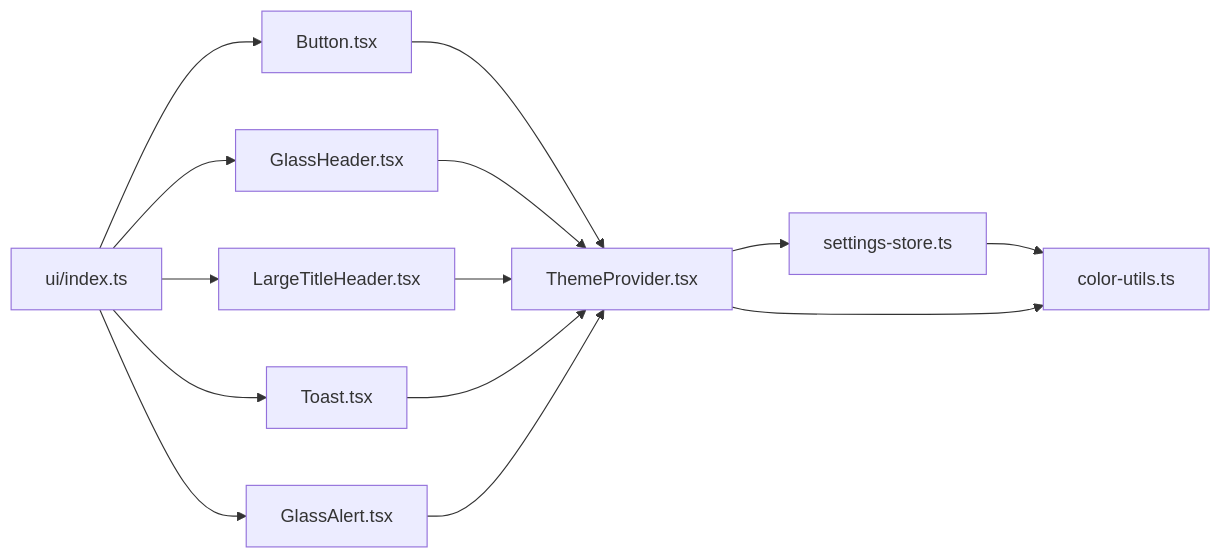
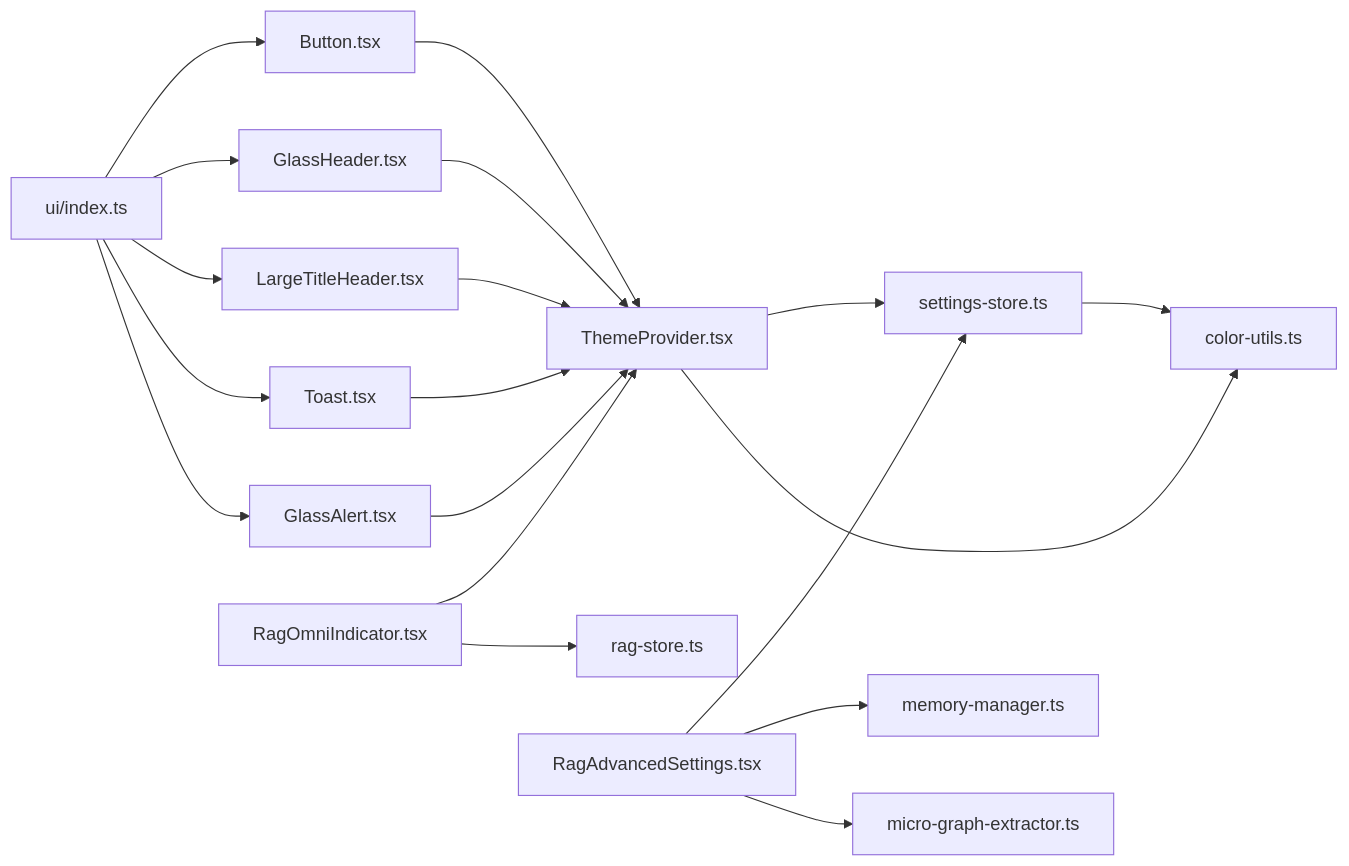
The eighth of 8 diagrams in .qoder/repowiki/zh/content/UI组件系统/UI组件系统.md (NarcisWL/Nexara), drawn with Mermaid before and after one commit. The commit also changed other lines of this file and 6 other files, not shown here.

````diff
--- a/.qoder/repowiki/zh/content/UI组件系统/UI组件系统.md
+++ b/.qoder/repowiki/zh/content/UI组件系统/UI组件系统.md
@@ -296,16 +415,21 @@
 ```mermaid
 graph LR
 ST["settings-store.ts"] --> CU["color-utils.ts"]
 TP["ThemeProvider.tsx"] --> ST
 TP --> CU
 BTN["Button.tsx"] --> TP
 GST["GlassHeader.tsx"] --> TP
 LTH["LargeTitleHeader.tsx"] --> TP
 TST["Toast.tsx"] --> TP
 GAT["GlassAlert.tsx"] --> TP
+ROI["RagOmniIndicator.tsx"] --> TP
+ROI --> RAG["rag-store.ts"]
+RAS["RagAdvancedSettings.tsx"] --> ST
+RAS --> MEM["memory-manager.ts"]
+RAS --> MGE["micro-graph-extractor.ts"]
 IDX["ui/index.ts"] --> BTN
 IDX --> GST
 IDX --> LTH
 IDX --> TST
 IDX --> GAT
 ```
````
